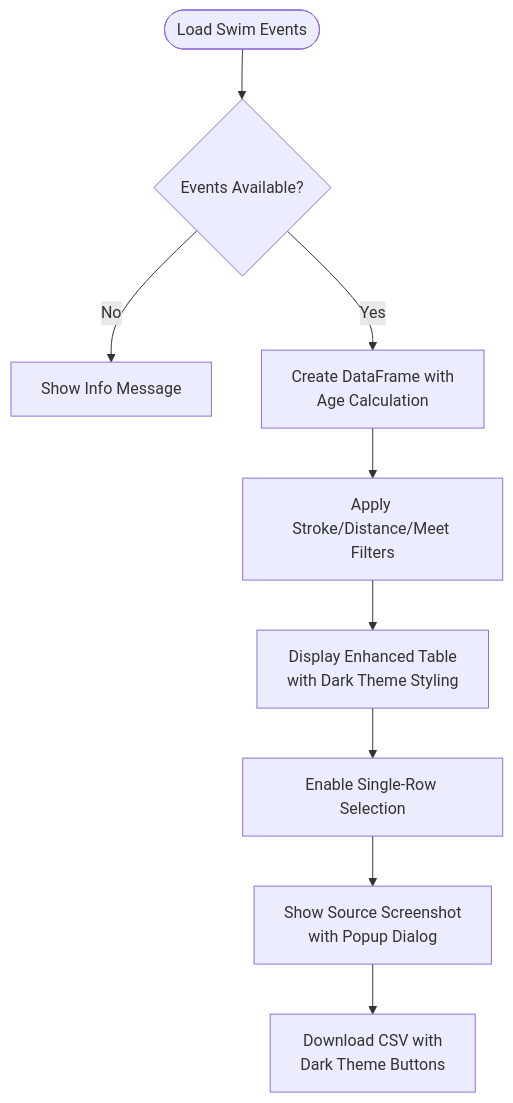
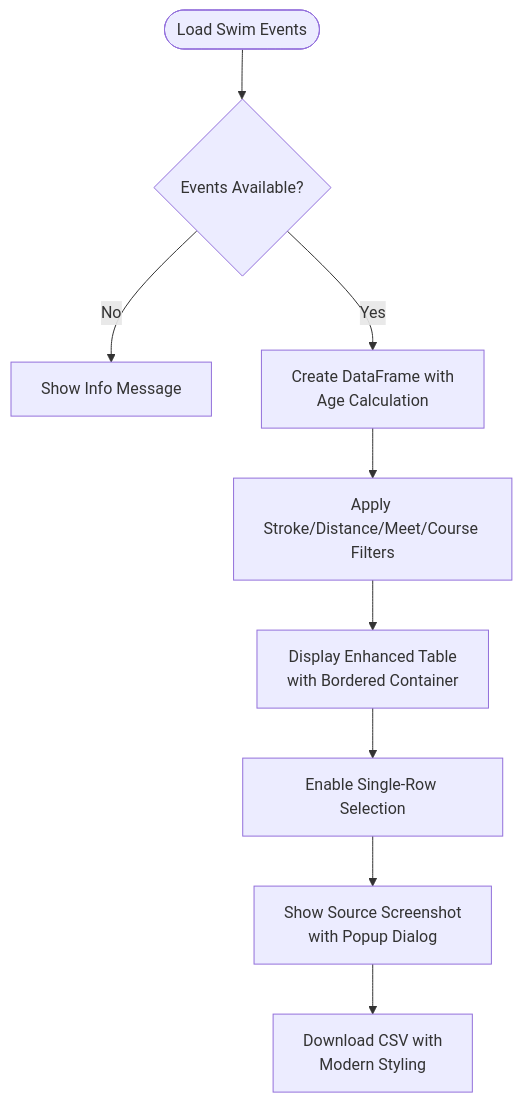
The ninth of 14 diagrams in .qoder/repowiki/en/content/Core Components/Application Controller.md (Johnny22056/SwimingStatus), drawn with Mermaid before and after one commit. The commit also changed other lines of this file and 5 other files, not shown here.

First line of the commit message:
feat: add Dark/Light theme toggle with centralized palette

````diff
--- a/.qoder/repowiki/en/content/Core Components/Application Controller.md
+++ b/.qoder/repowiki/en/content/Core Components/Application Controller.md
@@ -312,11 +379,11 @@
 ```mermaid
 flowchart TD
 LoadEvents([Load Swim Events]) --> CheckEvents{"Events Available?"}
 CheckEvents --> |No| ShowInfo["Show Info Message"]
 CheckEvents --> |Yes| CreateDF["Create DataFrame with<br/>Age Calculation"]
-CreateDF --> Filters["Apply Stroke/Distance/Meet Filters"]
-Filters --> DisplayTable["Display Enhanced Table<br/>with Dark Theme Styling"]
+CreateDF --> Filters["Apply Stroke/Distance/Meet/Course Filters"]
+Filters --> DisplayTable["Display Enhanced Table<br/>with Bordered Container"]
 DisplayTable --> RowSelection["Enable Single-Row Selection"]
 RowSelection --> ScreenshotPreview["Show Source Screenshot<br/>with Popup Dialog"]
-ScreenshotPreview --> DownloadCSV["Download CSV with<br/>Dark Theme Buttons"]
+ScreenshotPreview --> DownloadCSV["Download CSV with<br/>Modern Styling"]
 ```
````
